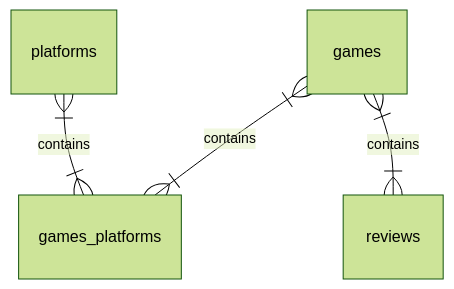
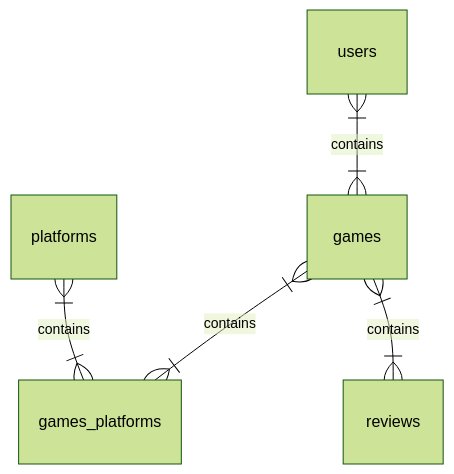
Before and after one commit to Haikira/VGLogger: the first of 2 diagrams in README.md, drawn with Mermaid (forest theme).

````diff
--- a/README.md
+++ b/README.md
@@ -28,7 +28,8 @@
 ``` mermaid
 erDiagram
 
         games }|--|{ games_platforms : "contains"
         platforms }|--|{ games_platforms : "contains"
         games }|--|{ reviews : "contains"
+        users}|--|{ games : "contains"
 ```
````
